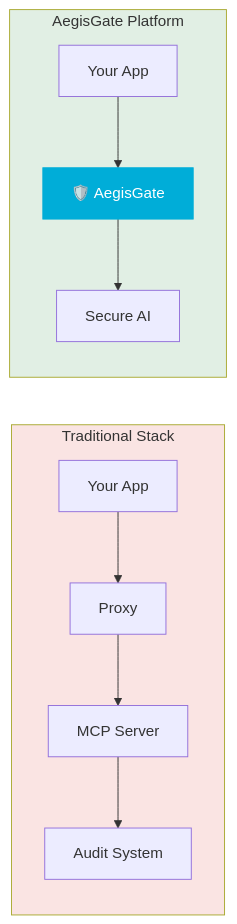
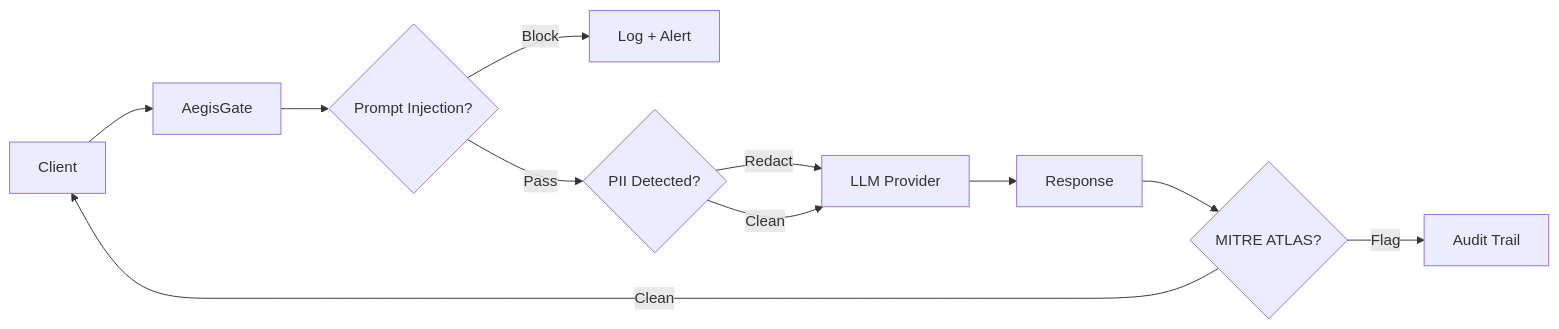
Before and after one commit to aegisgatesecurity/aegisgate-platform: the first of 3 diagrams in README.md, drawn with Mermaid. The commit also changed other lines of this file, not shown here.

````diff
--- a/README.md
+++ b/README.md
@@ -49,16 +131,13 @@
 ```mermaid
-flowchart LR
-    subgraph Traditional["Traditional Stack"]
-        A[Your App] --> B[Proxy]
-        B --> C[MCP Server]
-        C --> D[Audit System]
-        style Traditional fill:#da363322
-    end
-    
-    subgraph AegisGate["AegisGate Platform"]
-        E[Your App] --> F["🛡️ AegisGate"]
-        F --> G[Secure AI]
-        style AegisGate fill:#23863622
-        style F fill:#00ADD8,stroke:#00ADD8,color:#fff
-    end
+graph LR
+    A[Client] --> B[AegisGate]
+    B --> C{Prompt Injection?}
+    C -->|Block| D[Log + Alert]
+    C -->|Pass| E{PII Detected?}
+    E -->|Redact| F[LLM Provider]
+    E -->|Clean| F
+    F --> G[Response]
+    G --> H{MITRE ATLAS?}
+    H -->|Flag| I[Audit Trail]
+    H -->|Clean| A
 ```
````
